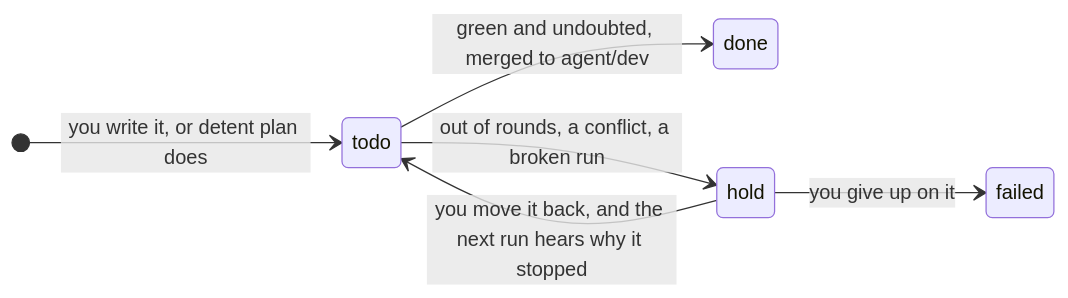
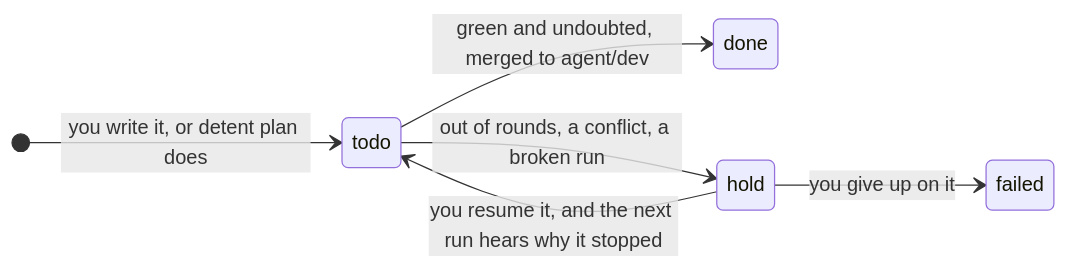
Before and after one commit to kazimVakhobov/detent: the second of 3 diagrams in README.md, drawn with Mermaid. The commit also changed other lines of this file and 2 other files, not shown here.

````diff
--- a/README.md
+++ b/README.md
@@ -138,9 +169,9 @@
 ```mermaid
 stateDiagram-v2
   direction LR
   [*] --> todo: you write it, or detent plan does
   todo --> done: green and undoubted, merged to agent/dev
   todo --> hold: out of rounds, a conflict, a broken run
-  hold --> todo: you move it back, and the next run hears why it stopped
+  hold --> todo: you resume it, and the next run hears why it stopped
   hold --> failed: you give up on it
 ```
````
